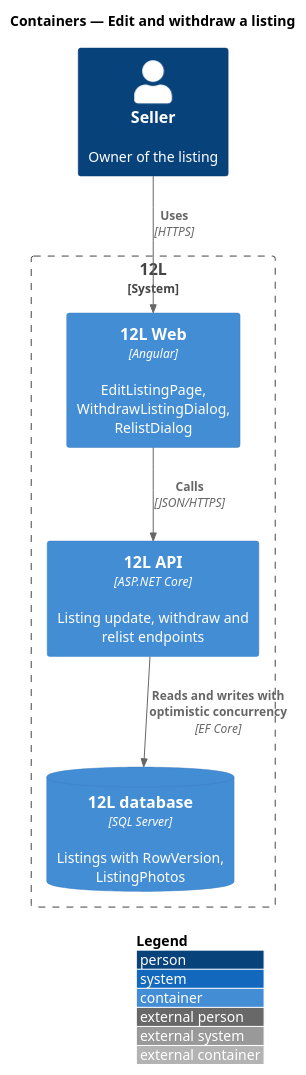
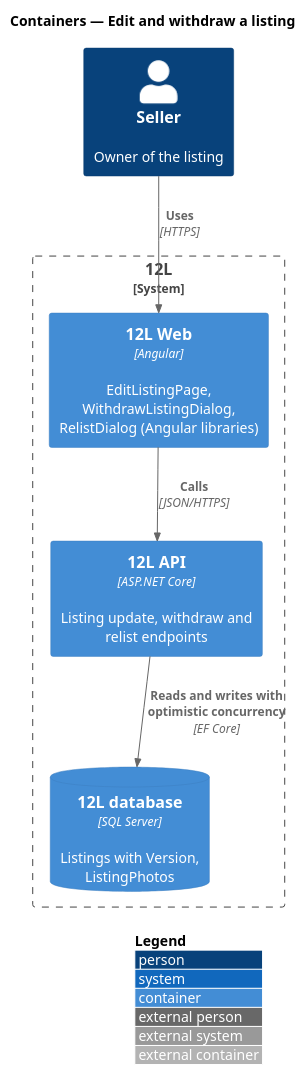
Before and after one commit to QuinntyneBrown/12l: the diagram in docs/detailed-designs/listings/edit-and-withdraw-listing/diagrams/c4-container.puml, drawn with PlantUML. The commit also changed 18 other files, not shown here.

Commit message:
Document edit-and-withdraw-listing: design, ADR listings/0003, mocks, L2-020, composition, estimates

```diff
--- a/docs/detailed-designs/listings/edit-and-withdraw-listing/diagrams/c4-container.puml
+++ b/docs/detailed-designs/listings/edit-and-withdraw-listing/diagrams/c4-container.puml
@@ -1,15 +1,15 @@
 @startuml
 !include <C4/C4_Container>
 LAYOUT_WITH_LEGEND()
 title Containers — Edit and withdraw a listing
 
 Person(seller, "Seller", "Owner of the listing")
 System_Boundary(twelvel, "12L") {
-  Container(web, "12L Web", "Angular", "EditListingPage, WithdrawListingDialog, RelistDialog")
+  Container(web, "12L Web", "Angular", "EditListingPage, WithdrawListingDialog, RelistDialog (Angular libraries)")
   Container(api, "12L API", "ASP.NET Core", "Listing update, withdraw and relist endpoints")
-  ContainerDb(db, "12L database", "SQL Server", "Listings with RowVersion, ListingPhotos")
+  ContainerDb(db, "12L database", "SQL Server", "Listings with Version, ListingPhotos")
 }
 Rel(seller, web, "Uses", "HTTPS")
 Rel(web, api, "Calls", "JSON/HTTPS")
 Rel(api, db, "Reads and writes with optimistic concurrency", "EF Core")
 @enduml
```
